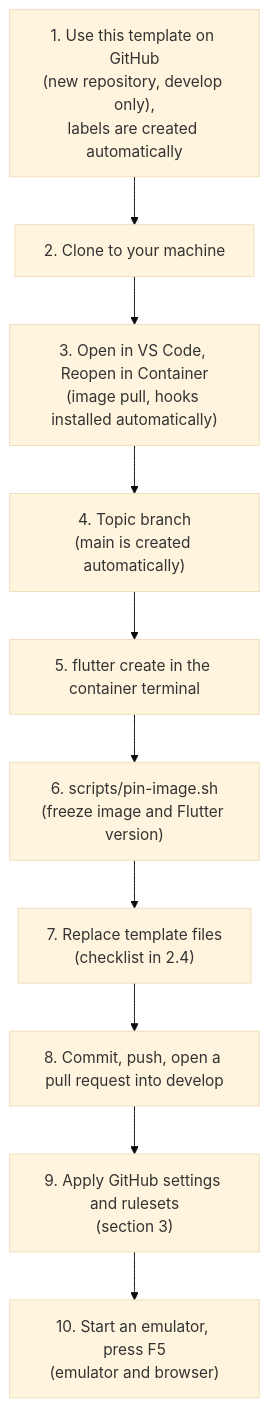
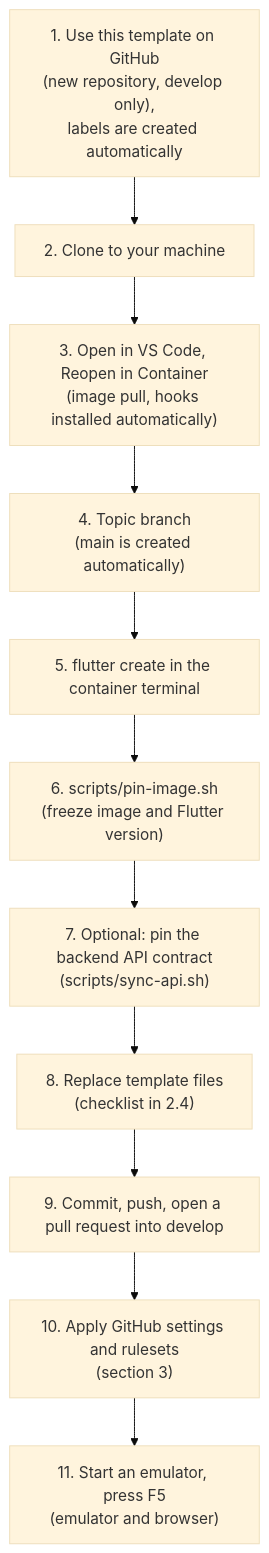
Before and after one commit to alihaidar0/flutter-template: the second of 12 diagrams in README.md, drawn with Mermaid (base theme). The commit also changed other lines of this file and 9 other files, not shown here.

First line of the commit message:
feat(api): pin the backend API contract and check the generated client

````diff
--- a/README.md
+++ b/README.md
@@ -106,12 +106,13 @@
 ```mermaid
 flowchart TD
     A["1. Use this template on GitHub<br/>(new repository, develop only),<br/>labels are created automatically"] --> B["2. Clone to your machine"]
     B --> C["3. Open in VS Code, Reopen in Container<br/>(image pull, hooks installed automatically)"]
     C --> D["4. Topic branch<br/>(main is created automatically)"]
     D --> E["5. flutter create in the container terminal"]
     E --> F["6. scripts/pin-image.sh<br/>(freeze image and Flutter version)"]
-    F --> G["7. Replace template files<br/>(checklist in 2.4)"]
-    G --> H["8. Commit, push, open a pull request into develop"]
-    H --> I["9. Apply GitHub settings and rulesets<br/>(section 3)"]
-    I --> J["10. Start an emulator, press F5<br/>(emulator and browser)"]
+    F --> F2["7. Optional: pin the backend API contract<br/>(scripts/sync-api.sh)"]
+    F2 --> G["8. Replace template files<br/>(checklist in 2.4)"]
+    G --> H["9. Commit, push, open a pull request into develop"]
+    H --> I["10. Apply GitHub settings and rulesets<br/>(section 3)"]
+    I --> J["11. Start an emulator, press F5<br/>(emulator and browser)"]
 ```
````
